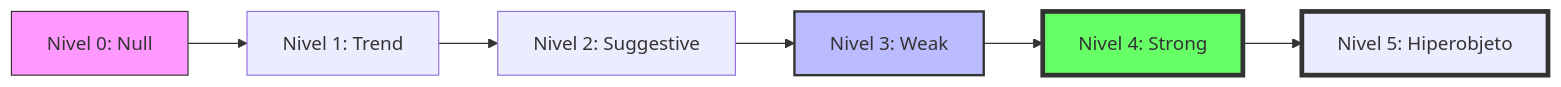
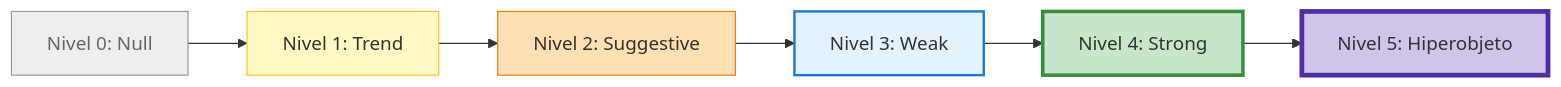
The first of 4 diagrams in TesisDesarrollo/00_Marco_Conceptual/00_00_Marco_Conceptual.md (stevenvo780/TesisJacobContenidos), drawn with Mermaid before and after one commit. The commit also changed other lines of this file and 4 other files, not shown here.

````diff
--- a/TesisDesarrollo/00_Marco_Conceptual/00_00_Marco_Conceptual.md
+++ b/TesisDesarrollo/00_Marco_Conceptual/00_00_Marco_Conceptual.md
@@ -29,13 +29,15 @@
 ```mermaid
 graph LR
     N0[Nivel 0: Null] --> N1[Nivel 1: Trend]
     N1 --> N2[Nivel 2: Suggestive]
     N2 --> N3[Nivel 3: Weak]
     N3 --> N4[Nivel 4: Strong]
     N4 --> N5[Nivel 5: Hiperobjeto]
     
-    style N0 fill:#f9f,stroke:#333,stroke-width:1px
-    style N3 fill:#bbf,stroke:#333,stroke-width:2px
-    style N4 fill:#6f6,stroke:#333,stroke-width:4px
-    style N5 fill:#gold,stroke:#333,stroke-width:4px
+    style N0 fill:#eeeeee,stroke:#999,stroke-width:1px,color:#666
+    style N1 fill:#fff9c4,stroke:#fbc02d,stroke-width:1px
+    style N2 fill:#ffe0b2,stroke:#f57c00,stroke-width:1px
+    style N3 fill:#e3f2fd,stroke:#1976d2,stroke-width:2px
+    style N4 fill:#c8e6c9,stroke:#388e3c,stroke-width:3px
+    style N5 fill:#d1c4e9,stroke:#512da8,stroke-width:4px
 ```
````
